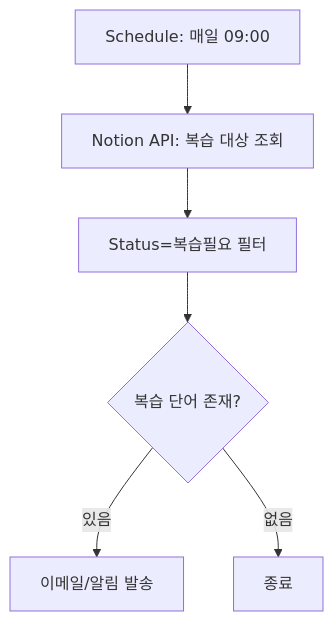
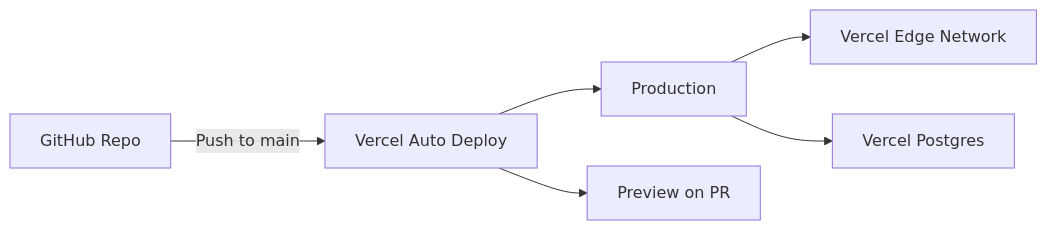
One commit to wrtn-edu-swu-bootcamp/project_16 changed the tenth of 10 diagrams in docs/서비스_기획안.md. Above: the diagram before and after it, drawn with Mermaid. The commit also changed other lines of this file and 2 other files, not shown here.

````diff
--- a/docs/서비스_기획안.md
+++ b/docs/서비스_기획안.md
@@ -437,8 +587,8 @@
 ```mermaid
-flowchart TD
-    A[Schedule: 매일 09:00] --> B[Notion API: 복습 대상 조회]
-    B --> C[Status=복습필요 필터]
-    C --> D{복습 단어 존재?}
-    D -->|있음| E[이메일/알림 발송]
-    D -->|없음| F[종료]
+graph LR
+    A[GitHub Repo] -->|Push to main| B[Vercel Auto Deploy]
+    B --> C[Production]
+    B --> D[Preview on PR]
+    C --> E[Vercel Edge Network]
+    C --> F[Vercel Postgres]
 ```
````
